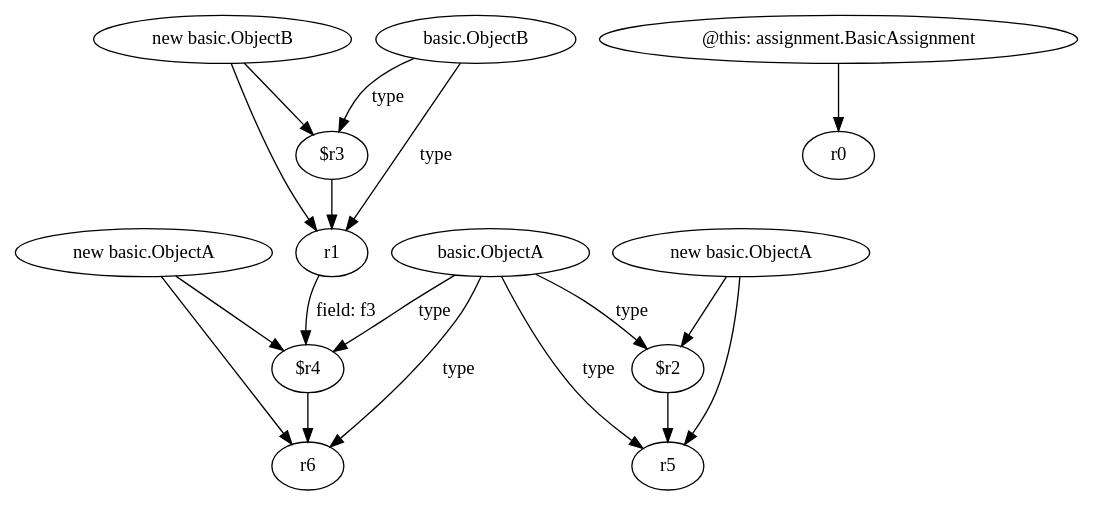
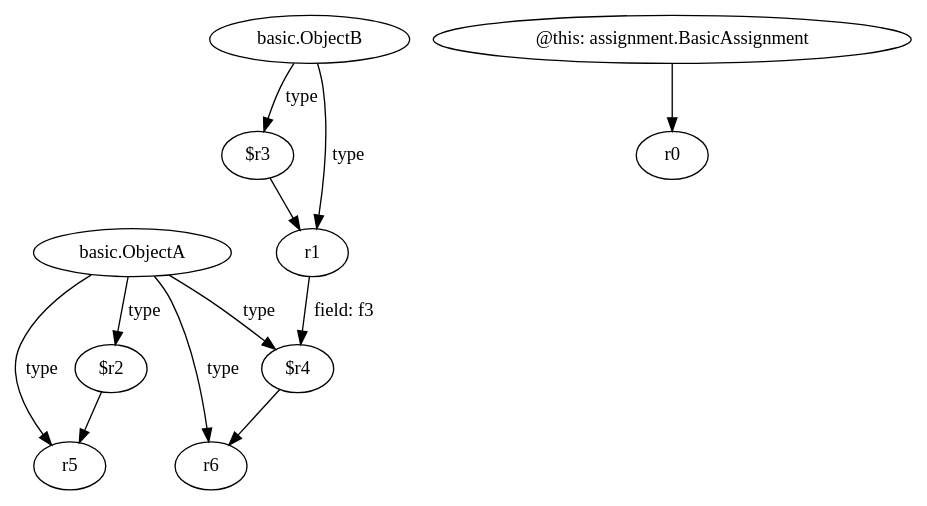
Before and after one commit to SeanCoek/zString: the diagram in relation2/<assignment.BasicAssignment: void var2field()>.dot, drawn with Graphviz. The commit also changed 34 other files, not shown here.

Commit message:
update graph

```diff
--- a/relation2/<assignment.BasicAssignment: void var2field()>.dot
+++ b/relation2/<assignment.BasicAssignment: void var2field()>.dot
@@ -1,32 +1,23 @@
 digraph g {
-0[label="new basic.ObjectB"]
+0[label="$r3"]
 1[label="r1"]
 0->1[label=""]
-2[label="@this: assignment.BasicAssignment"]
-3[label="r0"]
+2[label="$r2"]
+3[label="r5"]
 2->3[label=""]
-4[label="$r3"]
-4->1[label=""]
-5[label="new basic.ObjectA"]
-6[label="r6"]
-5->6[label=""]
-7[label="new basic.ObjectA"]
-8[label="r5"]
+4[label="basic.ObjectB"]
+4->0[label="type"]
+5[label="basic.ObjectA"]
+5->2[label="type"]
+6[label="$r4"]
+5->6[label="type"]
+7[label="@this: assignment.BasicAssignment"]
+8[label="r0"]
 7->8[label=""]
-9[label="$r2"]
-7->9[label=""]
-10[label="basic.ObjectB"]
-10->1[label="type"]
-11[label="$r4"]
-5->11[label=""]
-0->4[label=""]
-9->8[label=""]
-10->4[label="type"]
-12[label="basic.ObjectA"]
-12->9[label="type"]
-12->11[label="type"]
-12->6[label="type"]
-1->11[label="field: f3"]
-11->6[label=""]
-12->8[label="type"]
+9[label="r6"]
+5->9[label="type"]
+1->6[label="field: f3"]
+6->9[label=""]
+4->1[label="type"]
+5->3[label="type"]
 }
```
